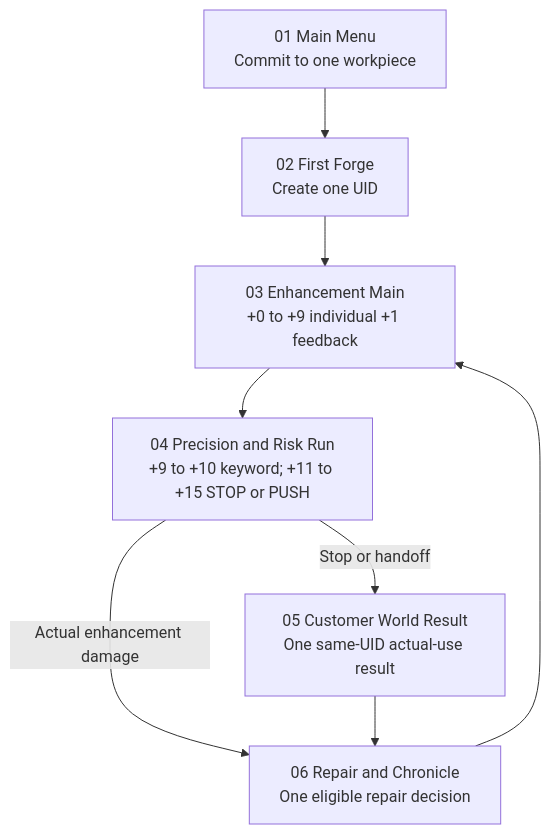
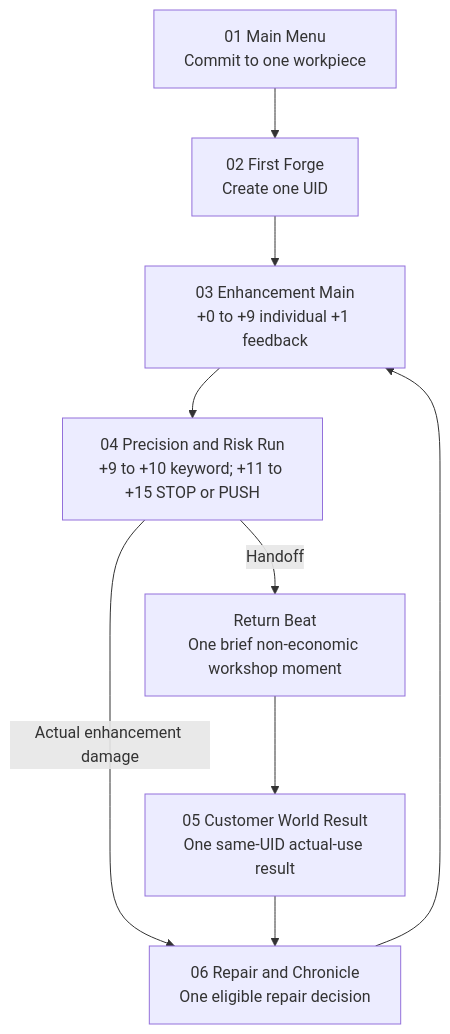
Before and after one commit to alsdmlals4-eng/Blacksmith: the diagram in docs/planning/PROJECT_CORE_SCENE_VISUAL_BOARD_20260828.md, drawn with Mermaid. The commit also changed other lines of this file and 3 other files, not shown here.

Commit message:
docs: add customer return beat to slice b

````diff
--- a/docs/planning/PROJECT_CORE_SCENE_VISUAL_BOARD_20260828.md
+++ b/docs/planning/PROJECT_CORE_SCENE_VISUAL_BOARD_20260828.md
@@ -27,10 +27,11 @@
 ```mermaid
 flowchart TD
     A[01 Main Menu\nCommit to one workpiece] --> B[02 First Forge\nCreate one UID]
     B --> C[03 Enhancement Main\n+0 to +9 individual +1 feedback]
     C --> D[04 Precision and Risk Run\n+9 to +10 keyword; +11 to +15 STOP or PUSH]
-    D -->|Stop or handoff| E[05 Customer World Result\nOne same-UID actual-use result]
+    D -->|Handoff| H[Return Beat\nOne brief non-economic workshop moment]
+    H --> E[05 Customer World Result\nOne same-UID actual-use result]
     D -->|Actual enhancement damage| F[06 Repair and Chronicle\nOne eligible repair decision]
     E --> F
     F --> C
 ```
````
